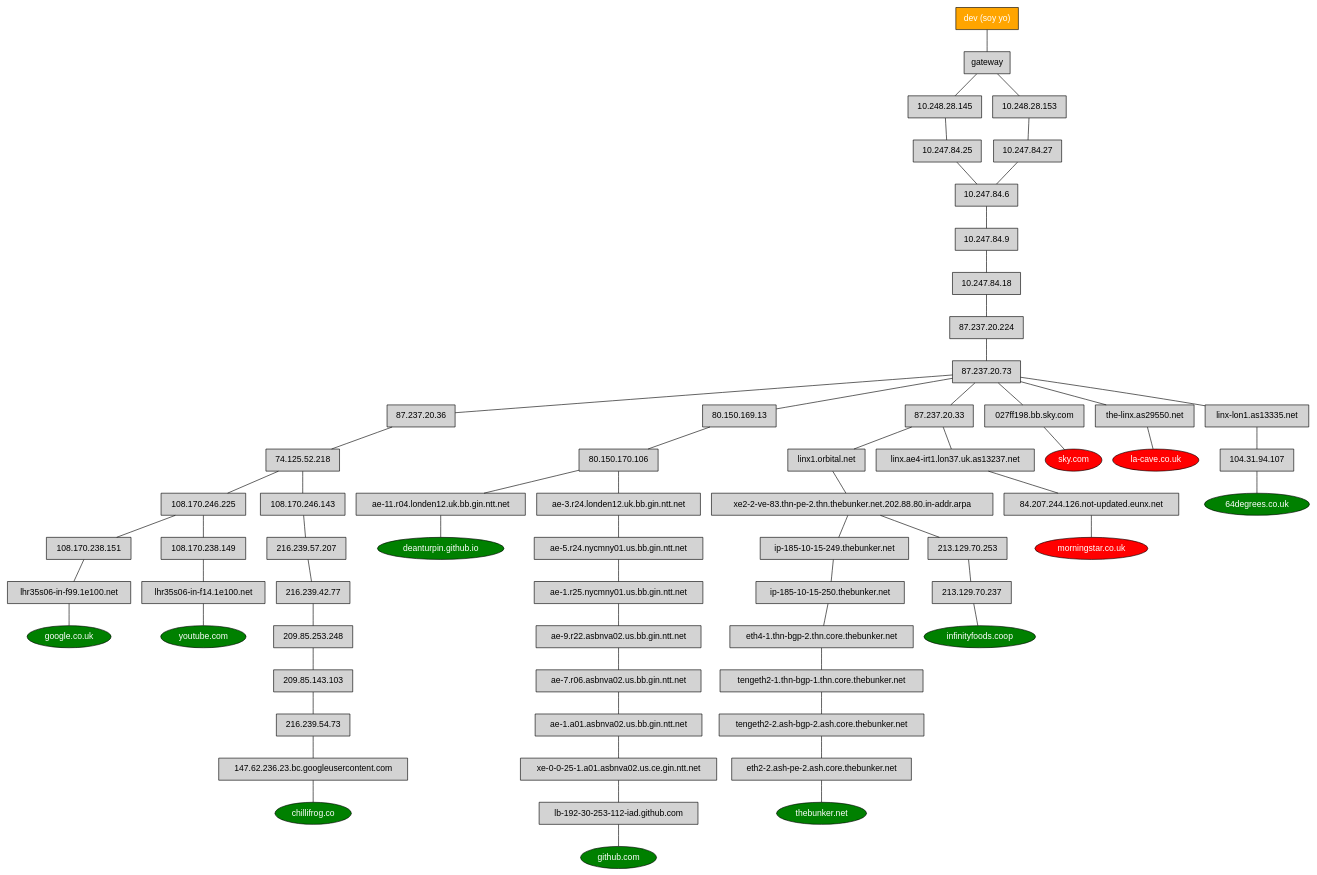
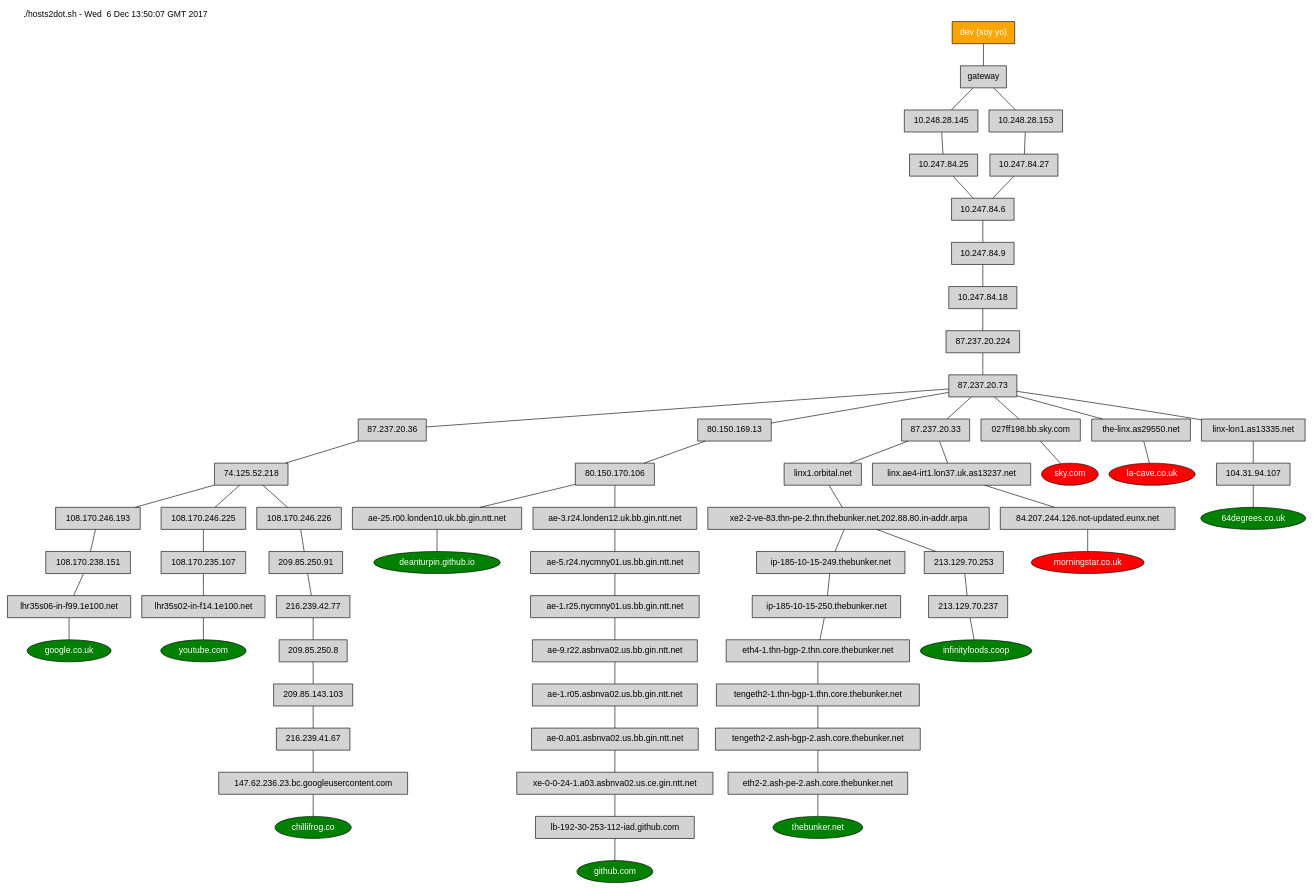
One commit to deanturpin/hosts2dot changed the diagram in example.dot. Above: the diagram before and after it, drawn with Graphviz. The commit also changed 2 other files, not shown here.

```diff
--- a/example.dot
+++ b/example.dot
@@ -1,31 +1,33 @@
 strict graph {
 
+fontname=helvetica
 node [shape=rectangle style=filled fontname=helvetica]
 soy_yo [label="dev (soy yo)" fillcolor=orange fontcolor=white]
+graph [label="./hosts2dot.sh - Wed  6 Dec 13:50:07 GMT 2017" labelloc=top labeljust=left]
 
 // hosts
 "google.co.uk" [fillcolor=green shape=oval fontcolor=white]
 "youtube.com" [fillcolor=green shape=oval fontcolor=white]
 "deanturpin.github.io" [fillcolor=green shape=oval fontcolor=white]
 "github.com" [fillcolor=green shape=oval fontcolor=white]
 "thebunker.net" [fillcolor=green shape=oval fontcolor=white]
 "infinityfoods.coop" [fillcolor=green shape=oval fontcolor=white]
 "morningstar.co.uk" [fillcolor=red shape=oval fontcolor=white]
 "sky.com" [fillcolor=red shape=oval fontcolor=white]
 "la-cave.co.uk" [fillcolor=red shape=oval fontcolor=white]
 "64degrees.co.uk" [fillcolor=green shape=oval fontcolor=white]
 "chillifrog.co" [fillcolor=green shape=oval fontcolor=white]
 
 // routes
-soy_yo--"gateway"--"10.248.28.145"--"10.247.84.25"--"10.247.84.6"--"10.247.84.9"--"10.247.84.18"--"87.237.20.224"--"87.237.20.73"--"87.237.20.36"--"74.125.52.218"--"108.170.246.225"--"108.170.238.151"--"lhr35s06-in-f99.1e100.net"--"google.co.uk"
-soy_yo--"gateway"--"10.248.28.153"--"10.247.84.27"--"10.247.84.6"--"10.247.84.9"--"10.247.84.18"--"87.237.20.224"--"87.237.20.73"--"87.237.20.36"--"74.125.52.218"--"108.170.246.225"--"108.170.238.149"--"lhr35s06-in-f14.1e100.net"--"youtube.com"
-soy_yo--"gateway"--"10.248.28.153"--"10.247.84.27"--"10.247.84.6"--"10.247.84.9"--"10.247.84.18"--"87.237.20.224"--"87.237.20.73"--"80.150.169.13"--"80.150.170.106"--"ae-11.r04.londen12.uk.bb.gin.ntt.net"--"deanturpin.github.io"
-soy_yo--"gateway"--"10.248.28.145"--"10.247.84.25"--"10.247.84.6"--"10.247.84.9"--"10.247.84.18"--"87.237.20.224"--"87.237.20.73"--"80.150.169.13"--"80.150.170.106"--"ae-3.r24.londen12.uk.bb.gin.ntt.net"--"ae-5.r24.nycmny01.us.bb.gin.ntt.net"--"ae-1.r25.nycmny01.us.bb.gin.ntt.net"--"ae-9.r22.asbnva02.us.bb.gin.ntt.net"--"ae-7.r06.asbnva02.us.bb.gin.ntt.net"--"ae-1.a01.asbnva02.us.bb.gin.ntt.net"--"xe-0-0-25-1.a01.asbnva02.us.ce.gin.ntt.net"--"lb-192-30-253-112-iad.github.com"--"github.com"
+soy_yo--"gateway"--"10.248.28.145"--"10.247.84.25"--"10.247.84.6"--"10.247.84.9"--"10.247.84.18"--"87.237.20.224"--"87.237.20.73"--"87.237.20.36"--"74.125.52.218"--"108.170.246.193"--"108.170.238.151"--"lhr35s06-in-f99.1e100.net"--"google.co.uk"
+soy_yo--"gateway"--"10.248.28.145"--"10.247.84.25"--"10.247.84.6"--"10.247.84.9"--"10.247.84.18"--"87.237.20.224"--"87.237.20.73"--"87.237.20.36"--"74.125.52.218"--"108.170.246.225"--"108.170.235.107"--"lhr35s02-in-f14.1e100.net"--"youtube.com"
+soy_yo--"gateway"--"10.248.28.153"--"10.247.84.27"--"10.247.84.6"--"10.247.84.9"--"10.247.84.18"--"87.237.20.224"--"87.237.20.73"--"80.150.169.13"--"80.150.170.106"--"ae-25.r00.londen10.uk.bb.gin.ntt.net"--"deanturpin.github.io"
+soy_yo--"gateway"--"10.248.28.145"--"10.247.84.25"--"10.247.84.6"--"10.247.84.9"--"10.247.84.18"--"87.237.20.224"--"87.237.20.73"--"80.150.169.13"--"80.150.170.106"--"ae-3.r24.londen12.uk.bb.gin.ntt.net"--"ae-5.r24.nycmny01.us.bb.gin.ntt.net"--"ae-1.r25.nycmny01.us.bb.gin.ntt.net"--"ae-9.r22.asbnva02.us.bb.gin.ntt.net"--"ae-1.r05.asbnva02.us.bb.gin.ntt.net"--"ae-0.a01.asbnva02.us.bb.gin.ntt.net"--"xe-0-0-24-1.a03.asbnva02.us.ce.gin.ntt.net"--"lb-192-30-253-112-iad.github.com"--"github.com"
 soy_yo--"gateway"--"10.248.28.145"--"10.247.84.25"--"10.247.84.6"--"10.247.84.9"--"10.247.84.18"--"87.237.20.224"--"87.237.20.73"--"87.237.20.33"--"linx1.orbital.net"--"xe2-2-ve-83.thn-pe-2.thn.thebunker.net.202.88.80.in-addr.arpa"--"ip-185-10-15-249.thebunker.net"--"ip-185-10-15-250.thebunker.net"--"eth4-1.thn-bgp-2.thn.core.thebunker.net"--"tengeth2-1.thn-bgp-1.thn.core.thebunker.net"--"tengeth2-2.ash-bgp-2.ash.core.thebunker.net"--"eth2-2.ash-pe-2.ash.core.thebunker.net"--"thebunker.net"
 soy_yo--"gateway"--"10.248.28.145"--"10.247.84.25"--"10.247.84.6"--"10.247.84.9"--"10.247.84.18"--"87.237.20.224"--"87.237.20.73"--"87.237.20.33"--"linx1.orbital.net"--"xe2-2-ve-83.thn-pe-2.thn.thebunker.net.202.88.80.in-addr.arpa"--"213.129.70.253"--"213.129.70.237"--"infinityfoods.coop"
 soy_yo--"gateway"--"10.248.28.153"--"10.247.84.27"--"10.247.84.6"--"10.247.84.9"--"10.247.84.18"--"87.237.20.224"--"87.237.20.73"--"87.237.20.33"--"linx.ae4-irt1.lon37.uk.as13237.net"--"84.207.244.126.not-updated.eunx.net"--"morningstar.co.uk"
 soy_yo--"gateway"--"10.248.28.153"--"10.247.84.27"--"10.247.84.6"--"10.247.84.9"--"10.247.84.18"--"87.237.20.224"--"87.237.20.73"--"027ff198.bb.sky.com"--"sky.com"
 soy_yo--"gateway"--"10.248.28.145"--"10.247.84.25"--"10.247.84.6"--"10.247.84.9"--"10.247.84.18"--"87.237.20.224"--"87.237.20.73"--"the-linx.as29550.net"--"la-cave.co.uk"
 soy_yo--"gateway"--"10.248.28.145"--"10.247.84.25"--"10.247.84.6"--"10.247.84.9"--"10.247.84.18"--"87.237.20.224"--"87.237.20.73"--"linx-lon1.as13335.net"--"104.31.94.107"--"64degrees.co.uk"
-soy_yo--"gateway"--"10.248.28.153"--"10.247.84.27"--"10.247.84.6"--"10.247.84.9"--"10.247.84.18"--"87.237.20.224"--"87.237.20.73"--"87.237.20.36"--"74.125.52.218"--"108.170.246.143"--"216.239.57.207"--"216.239.42.77"--"209.85.253.248"--"209.85.143.103"--"216.239.54.73"--"147.62.236.23.bc.googleusercontent.com"--"chillifrog.co"
+soy_yo--"gateway"--"10.248.28.153"--"10.247.84.27"--"10.247.84.6"--"10.247.84.9"--"10.247.84.18"--"87.237.20.224"--"87.237.20.73"--"87.237.20.36"--"74.125.52.218"--"108.170.246.226"--"209.85.250.91"--"216.239.42.77"--"209.85.250.8"--"209.85.143.103"--"216.239.41.67"--"147.62.236.23.bc.googleusercontent.com"--"chillifrog.co"
 }
```
